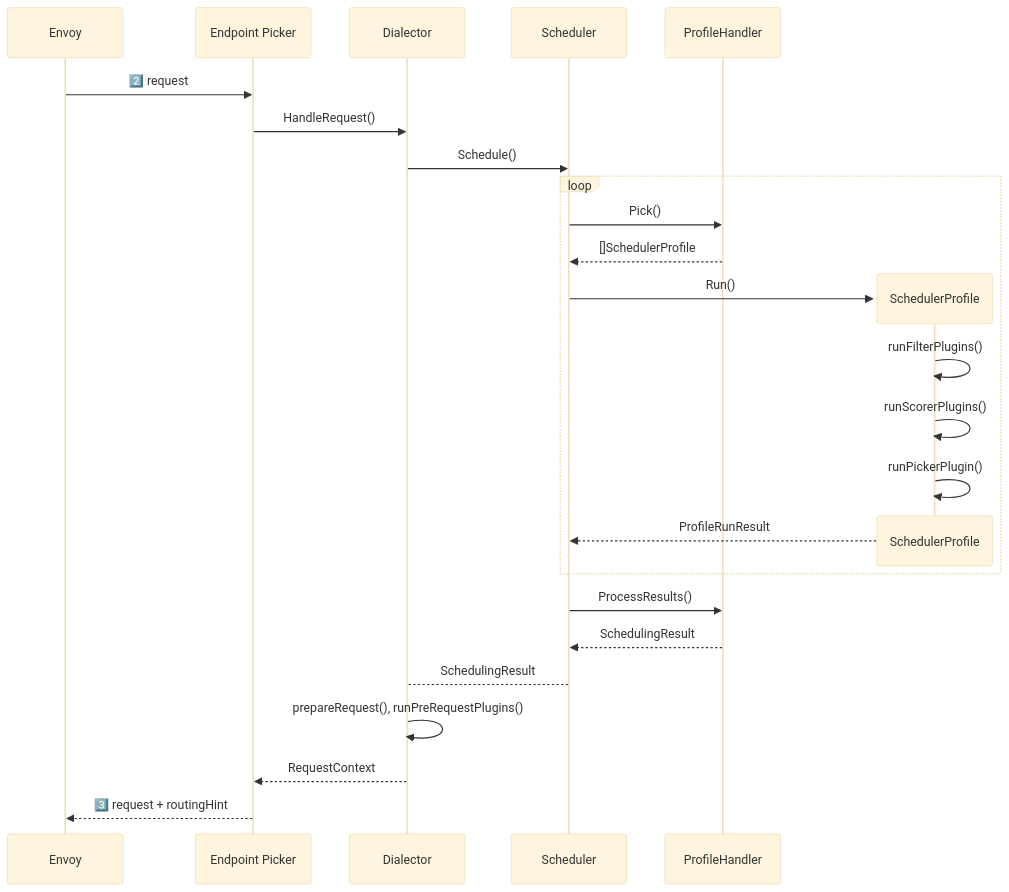
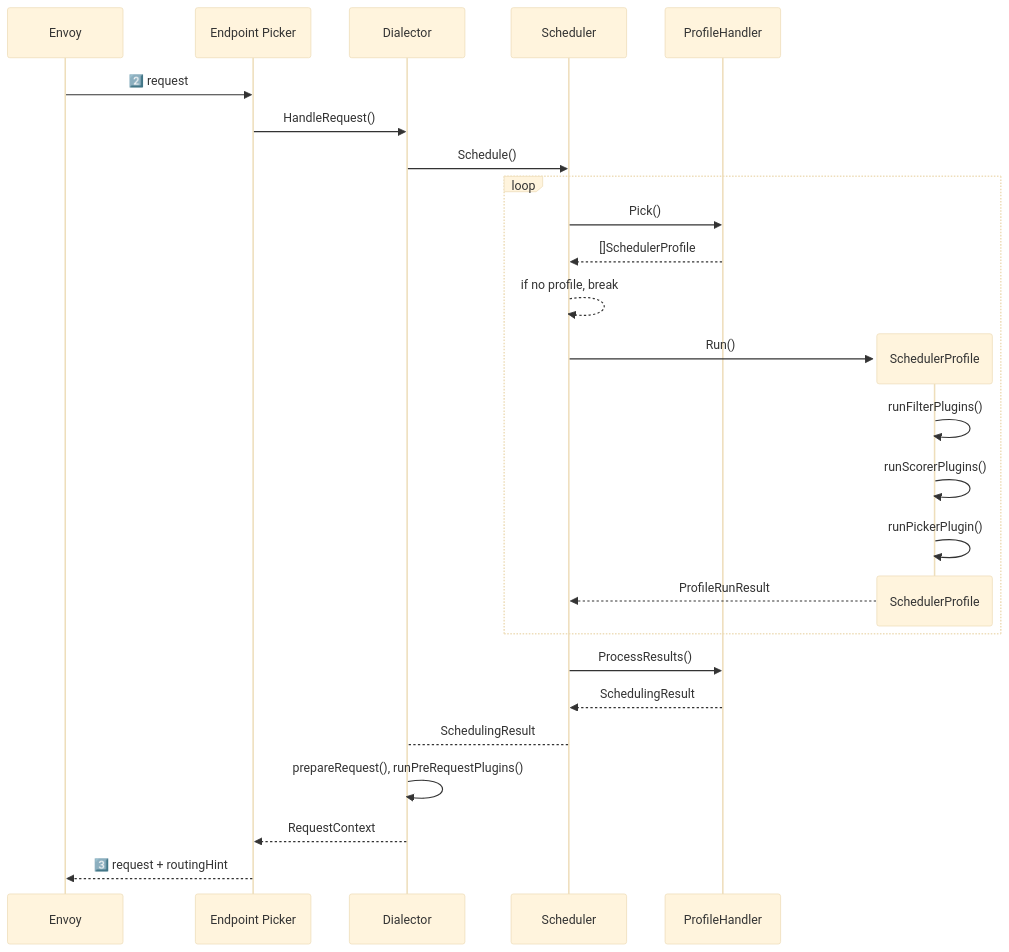
The second of 2 diagrams in docs/mlops/serving/gateway-api-inference-extension/endpoint-picker.mdx (hhk7734/wiki), drawn with Mermaid (base theme) before and after one commit. The commit also changed other lines of this file and 2 other files, not shown here.

````diff
--- a/docs/mlops/serving/gateway-api-inference-extension/endpoint-picker.mdx
+++ b/docs/mlops/serving/gateway-api-inference-extension/endpoint-picker.mdx
@@ -26,32 +26,35 @@
 ```mermaid
 sequenceDiagram
   participant E as Envoy
   participant EPP as Endpoint Picker
   participant D as Dialector
   participant S as Scheduler
   participant PH as ProfileHandler
 
   E ->> EPP: 2️⃣ request
   EPP ->> D: HandleRequest()
   D ->> S: Schedule()
 
   loop
     S ->> PH: Pick()
     PH -->> S: []SchedulerProfile
 
+    S -->> S: if no profile, break
+
     create participant SP as SchedulerProfile
     S ->> SP: Run()
     SP ->> SP: runFilterPlugins()
     SP ->> SP: runScorerPlugins()
     SP ->> SP: runPickerPlugin()
     destroy SP
     SP -->> S: ProfileRunResult
+
   end
 
   S ->> PH: ProcessResults()
   PH -->> S: SchedulingResult
   S --> D: SchedulingResult
   D ->> D: prepareRequest(), runPreRequestPlugins()
   D -->> EPP: RequestContext
   EPP -->> E: 3️⃣ request + routingHint
 ```
````
